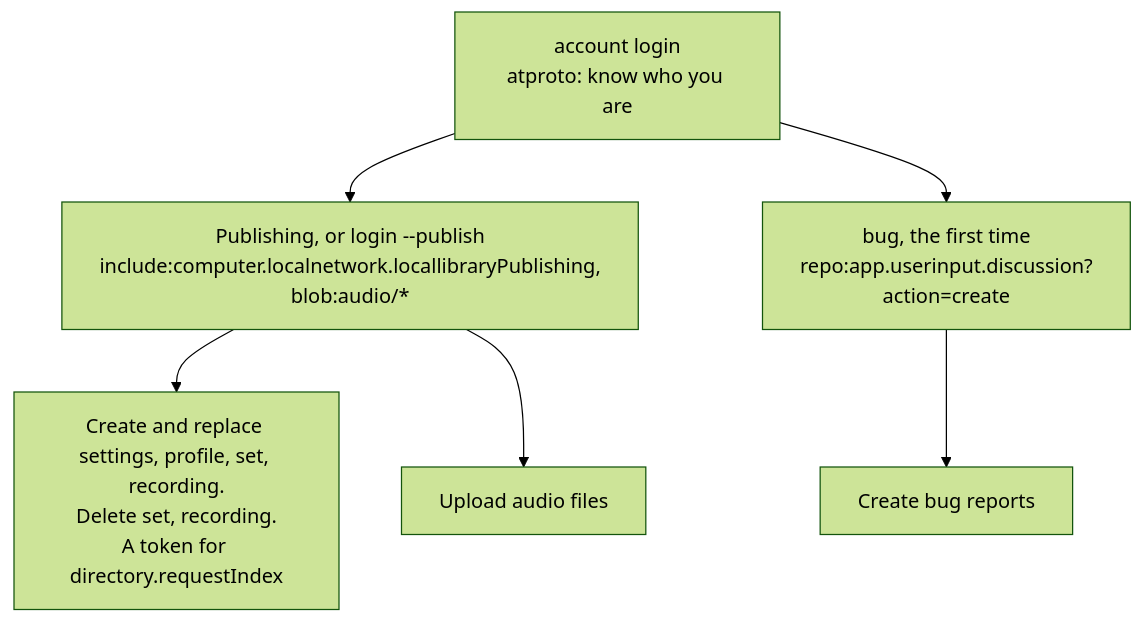
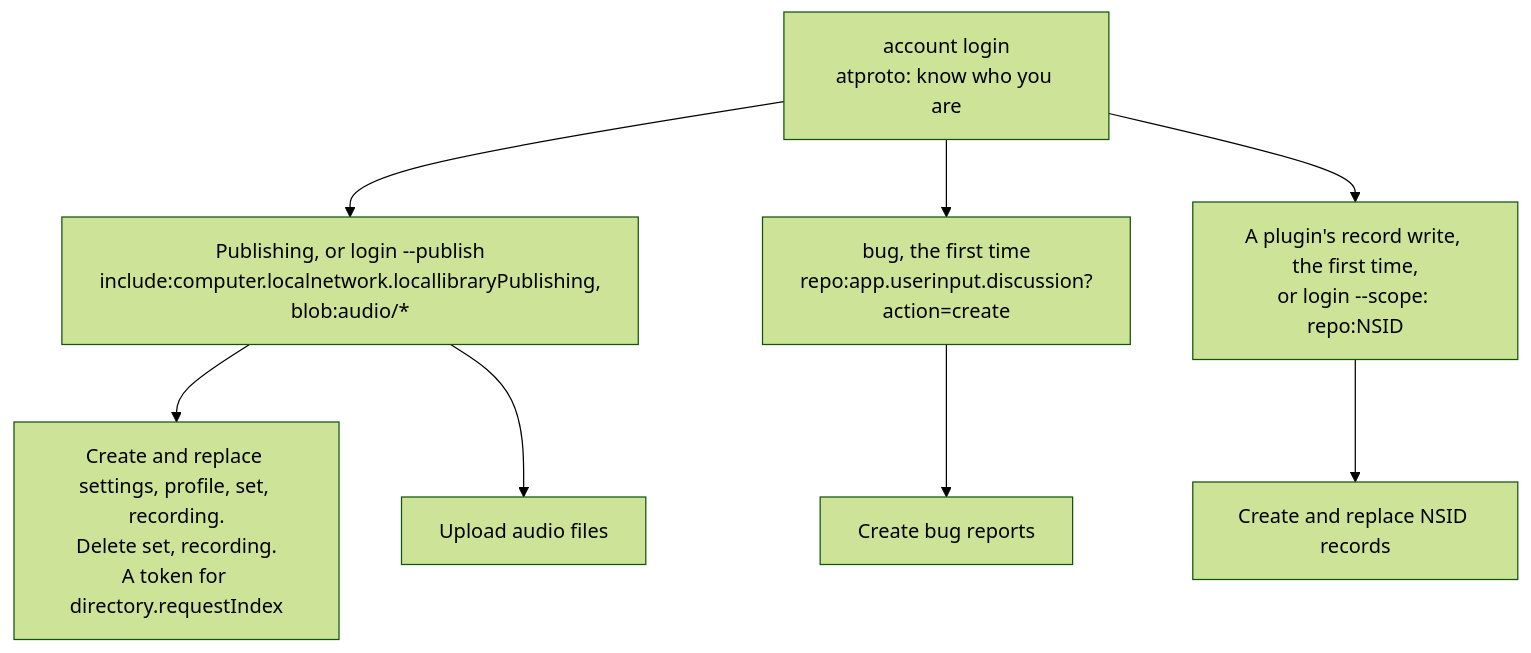
Before and after one commit to cutenode/localnetwork: the third of 11 diagrams in apps/locallibrary/docs/diagrams/accounts.md, drawn with Mermaid (forest theme). The commit also changed other lines of this file and 37 other files, not shown here.

First line of the commit message:
feat(plugins): let plugins write atmosphere records the user confirms

````diff
--- a/apps/locallibrary/docs/diagrams/accounts.md
+++ b/apps/locallibrary/docs/diagrams/accounts.md
@@ -77,8 +77,10 @@
 ```mermaid
 flowchart TD
     plain["account login<br/>atproto: know who you are"] --> publish["Publishing, or login --publish<br/>include:computer.localnetwork.locallibraryPublishing,<br/>blob:audio/*"]
     plain --> report["bug, the first time<br/>repo:app.userinput.discussion?action=create"]
+    plain --> plugin["A plugin's record write, the first time,<br/>or login --scope: repo:NSID"]
     publish --> records["Create and replace settings, profile, set, recording.<br/>Delete set, recording.<br/>A token for directory.requestIndex"]
     publish --> upload["Upload audio files"]
     report --> discussion["Create bug reports"]
+    plugin --> written["Create and replace NSID records"]
 ```
````
